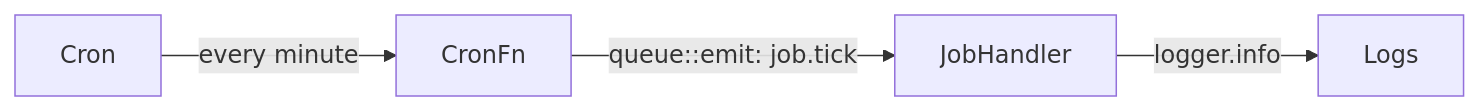
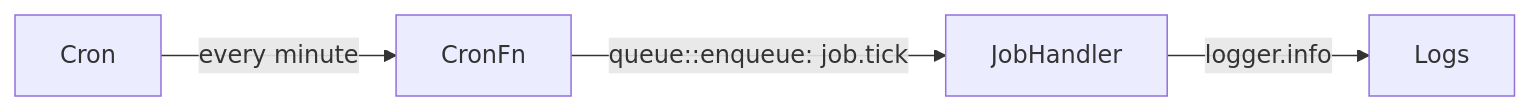
One commit to iii-hq/docs changed the diagram in content/examples/cron.mdx. Above: the diagram before and after it, drawn with Mermaid. The commit also changed other lines of this file and 11 other files, not shown here.

First line of the commit message:
refactor: replace queue::emit with queue::enqueue in examples

````diff
--- a/content/examples/cron.mdx
+++ b/content/examples/cron.mdx
@@ -9,6 +9,6 @@
 ```mermaid
 graph LR
     Cron -->|"every minute"| CronFn
-    CronFn -->|"queue::emit: job.tick"| JobHandler
+    CronFn -->|"queue::enqueue: job.tick"| JobHandler
     JobHandler -->|"logger.info"| Logs
 ```
````
